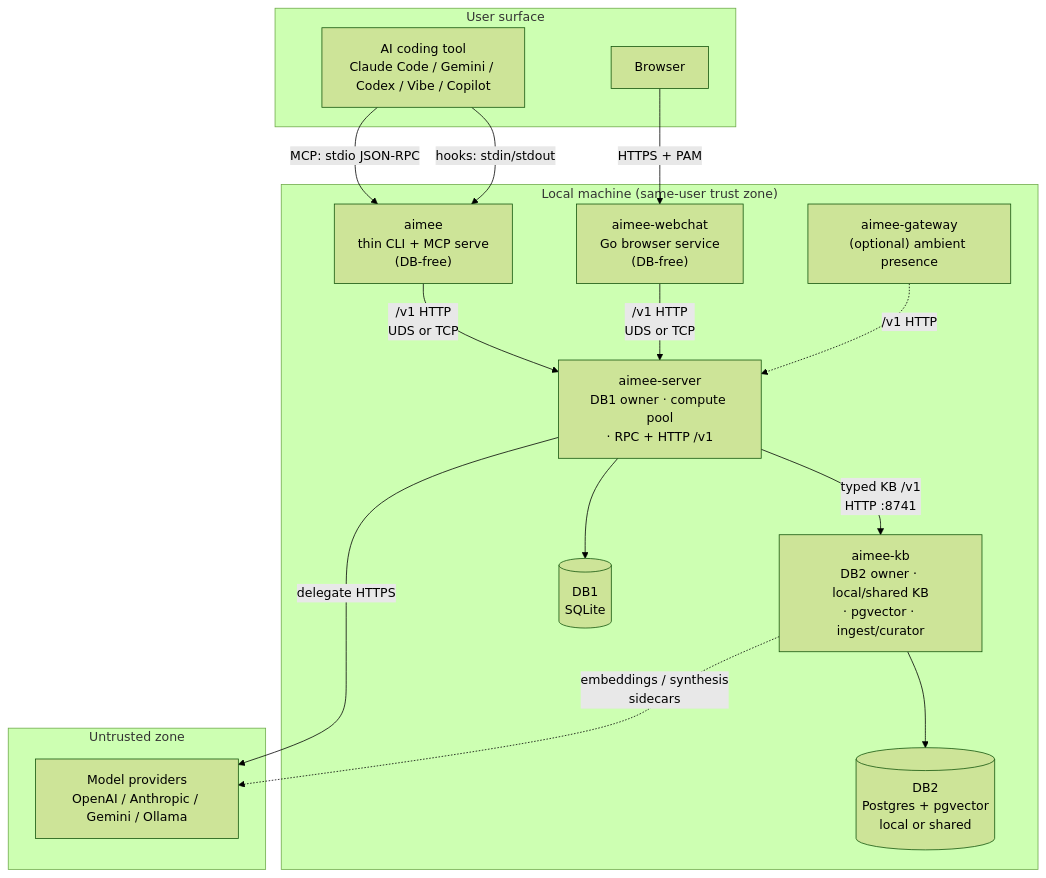
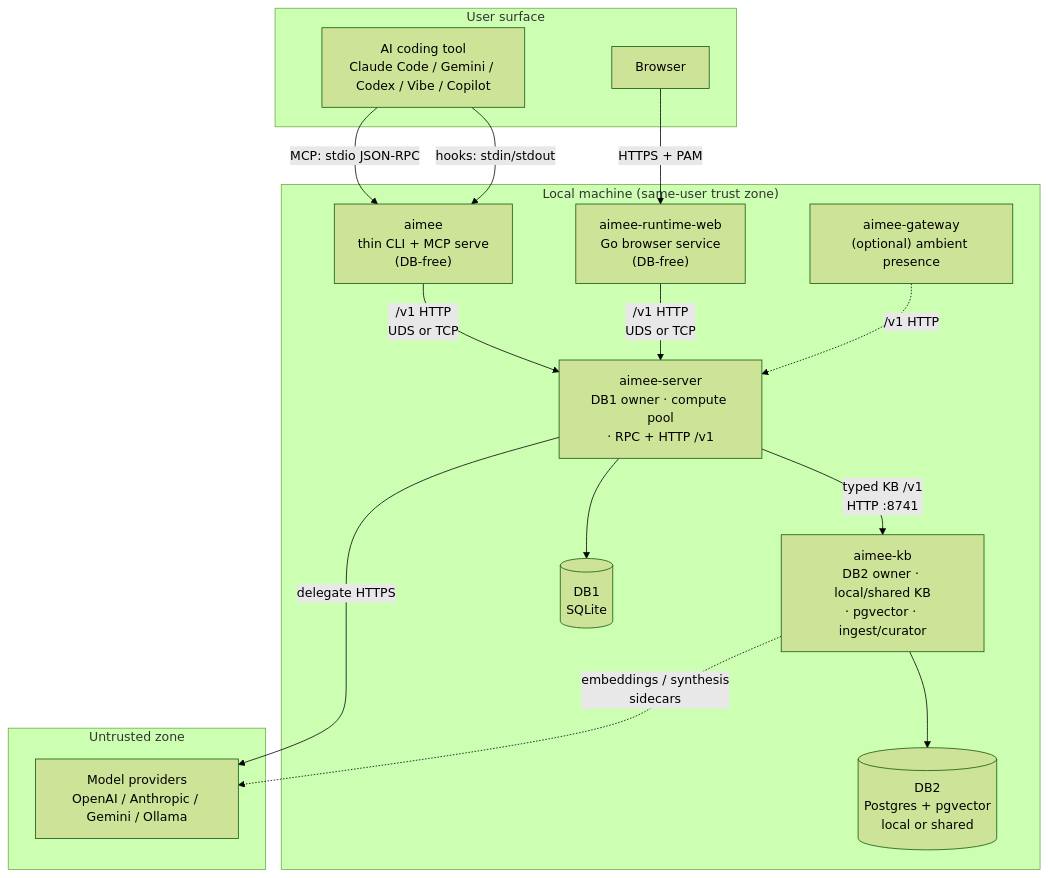
One commit to RakuenSoftware/aimee changed the first of 7 diagrams in docs/ARCHITECTURE.md. Above: the diagram before and after it, drawn with Mermaid (forest theme). The commit also changed other lines of this file and 78 other files, not shown here.

````diff
--- a/docs/ARCHITECTURE.md
+++ b/docs/ARCHITECTURE.md
@@ -41,33 +41,33 @@
 ```mermaid
 graph TB
     subgraph User["User surface"]
         Tool["AI coding tool<br/>Claude Code / Gemini / Codex / Vibe / Copilot"]
         Browser["Browser"]
     end
 
     subgraph Local["Local machine (same-user trust zone)"]
         CLI["aimee<br/>thin CLI + MCP serve<br/>(DB-free)"]
-        WC["aimee-webchat<br/>Go browser service<br/>(DB-free)"]
+        WC["aimee-runtime-web<br/>Go browser service<br/>(DB-free)"]
         SRV["aimee-server<br/>DB1 owner · compute pool<br/>· RPC + HTTP /v1"]
         KB["aimee-kb<br/>DB2 owner · local/shared KB<br/>· pgvector · ingest/curator"]
         GW["aimee-gateway<br/>(optional) ambient presence"]
         DB1[("DB1<br/>SQLite")]
         DB2[("DB2<br/>Postgres + pgvector<br/>local or shared")]
     end
 
     subgraph External["Untrusted zone"]
         Providers["Model providers<br/>OpenAI / Anthropic / Gemini / Ollama"]
     end
 
     Tool -->|hooks: stdin/stdout| CLI
     Tool -->|MCP: stdio JSON-RPC| CLI
     Browser -->|HTTPS + PAM| WC
     CLI -->|/v1 HTTP<br/>UDS or TCP| SRV
     WC -->|/v1 HTTP<br/>UDS or TCP| SRV
     GW -.->|/v1 HTTP| SRV
     SRV -->|typed KB /v1<br/>HTTP :8741| KB
     SRV --> DB1
     KB --> DB2
     SRV -->|delegate HTTPS| Providers
     KB -.->|embeddings / synthesis<br/>sidecars| Providers
 ```
````
